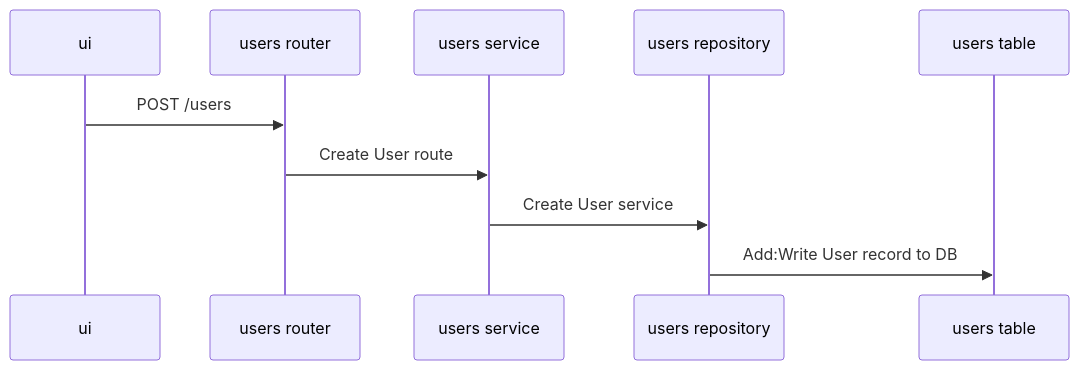
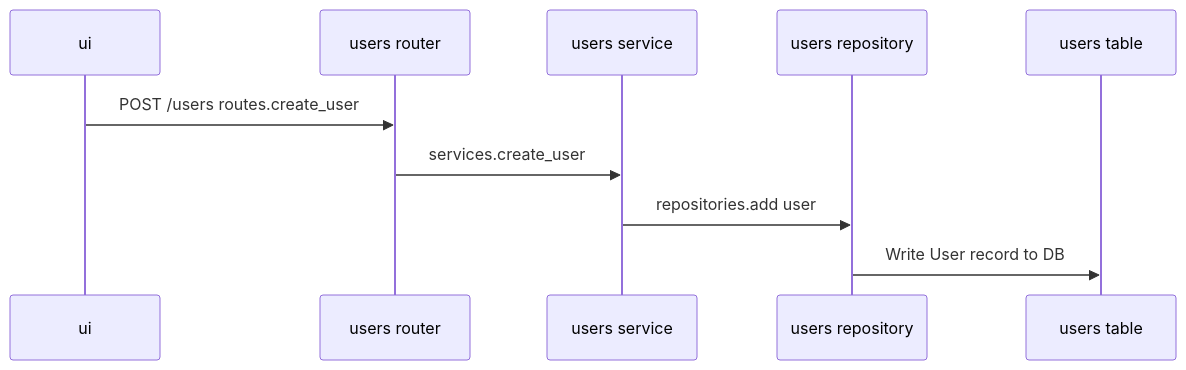
The diagram in README.md (brianroytman/chalkboard-demo-users), drawn with Mermaid before and after one commit. The commit also changed other lines of this file, not shown here.

Commit message:
Added sequence diagram to README.

````diff
--- a/README.md
+++ b/README.md
@@ -50,12 +51,12 @@
 ```mermaid
 sequenceDiagram
 participant ui as ui
 participant ur as users router
 participant us as users service
 participant urp as users repository
 participant ud as users table
-ui ->> ur: POST /users 
-ur ->> us: Create User route 
-us ->> urp: Create User service 
-urp ->> ud: Add:Write User record to DB
+ui ->> ur: POST /users routes.create_user
+ur ->> us: services.create_user
+us ->> urp: repositories.add user
+urp ->> ud: Write User record to DB
 ```
````
